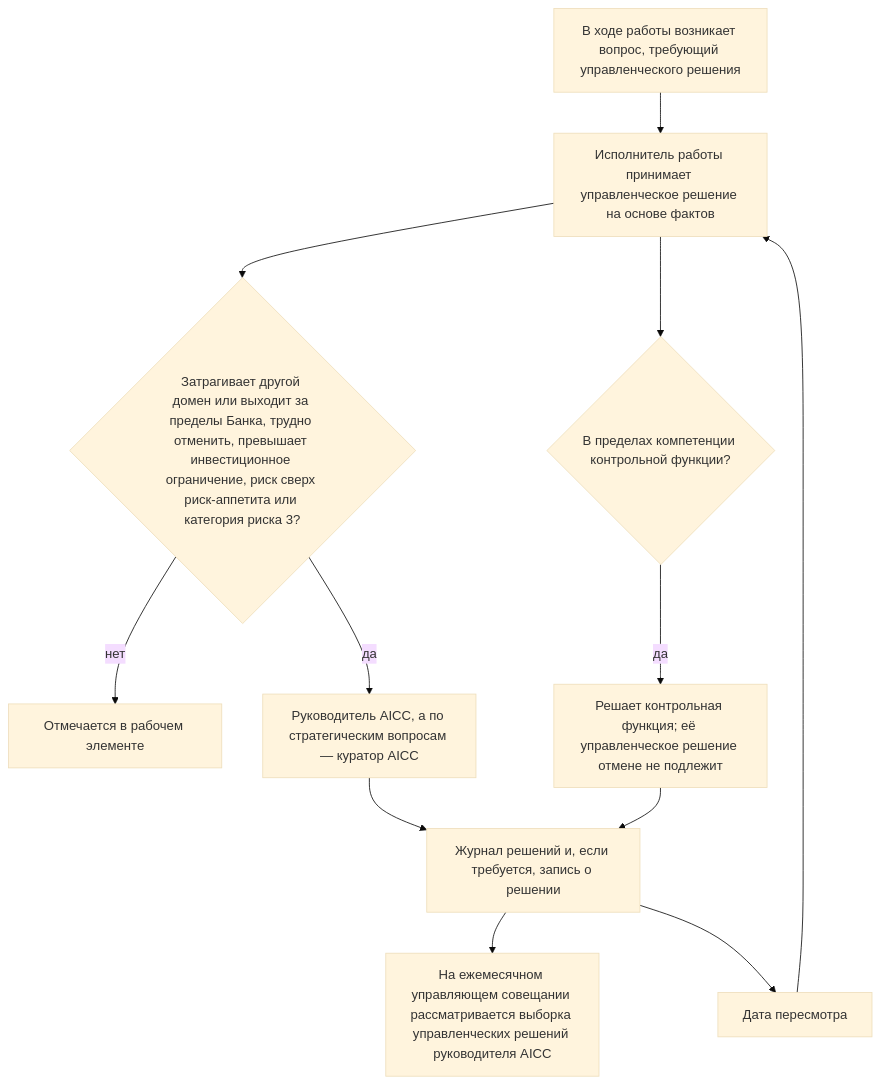
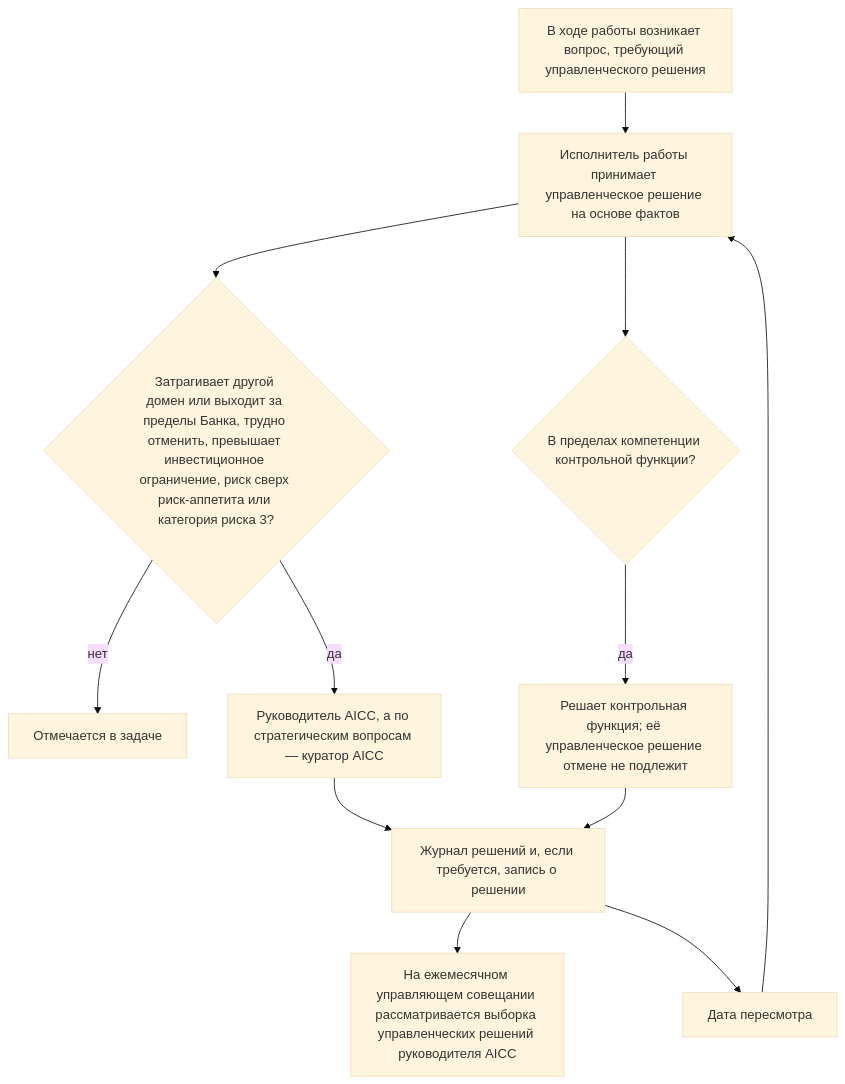
Before and after one commit to devhogu/ob-aicc: the first of 8 diagrams in charter/ru/documents/operating-model.md, drawn with Mermaid (base theme). The commit also changed other lines of this file and 13 other files, not shown here.

First line of the commit message:
Board reporting: Charter, Statement, Operating Model, Vocabulary, Catalog

````diff
--- a/charter/ru/documents/operating-model.md
+++ b/charter/ru/documents/operating-model.md
@@ -121,14 +121,14 @@
 ```mermaid
 flowchart TB
   A["В ходе работы возникает вопрос, требующий управленческого решения"] --> B["Исполнитель работы принимает управленческое решение на основе фактов"]
   B --> C{"Затрагивает другой домен или выходит за пределы Банка, трудно отменить, превышает инвестиционное ограничение, риск сверх риск-аппетита или категория риска 3?"}
-  C -->|нет| D["Отмечается в рабочем элементе"]
+  C -->|нет| D["Отмечается в задаче"]
   C -->|да| E["Руководитель AICC, а по стратегическим вопросам — куратор AICC"]
   B --> G{"В пределах компетенции контрольной функции?"}
   G -->|да| H["Решает контрольная функция; её управленческое решение отмене не подлежит"]
   E --> F["Журнал решений и, если требуется, запись о решении"]
   H --> F
   F --> S["На ежемесячном управляющем совещании рассматривается выборка управленческих решений руководителя AICC"]
   F --> R["Дата пересмотра"]
   R --> B
 ```
````
